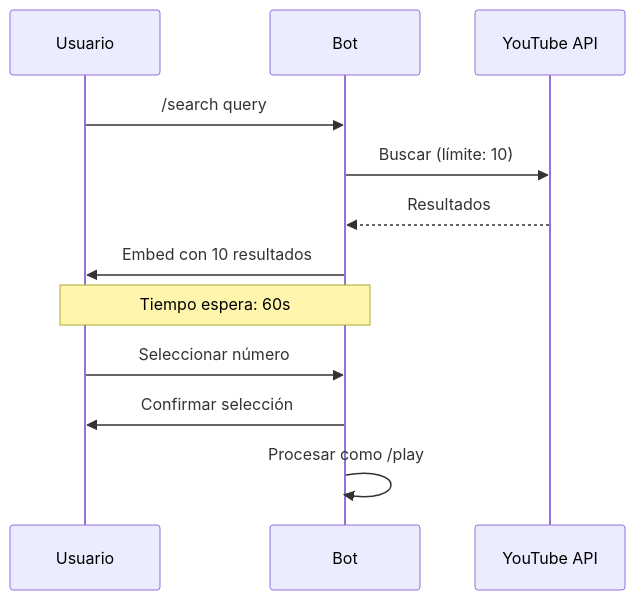
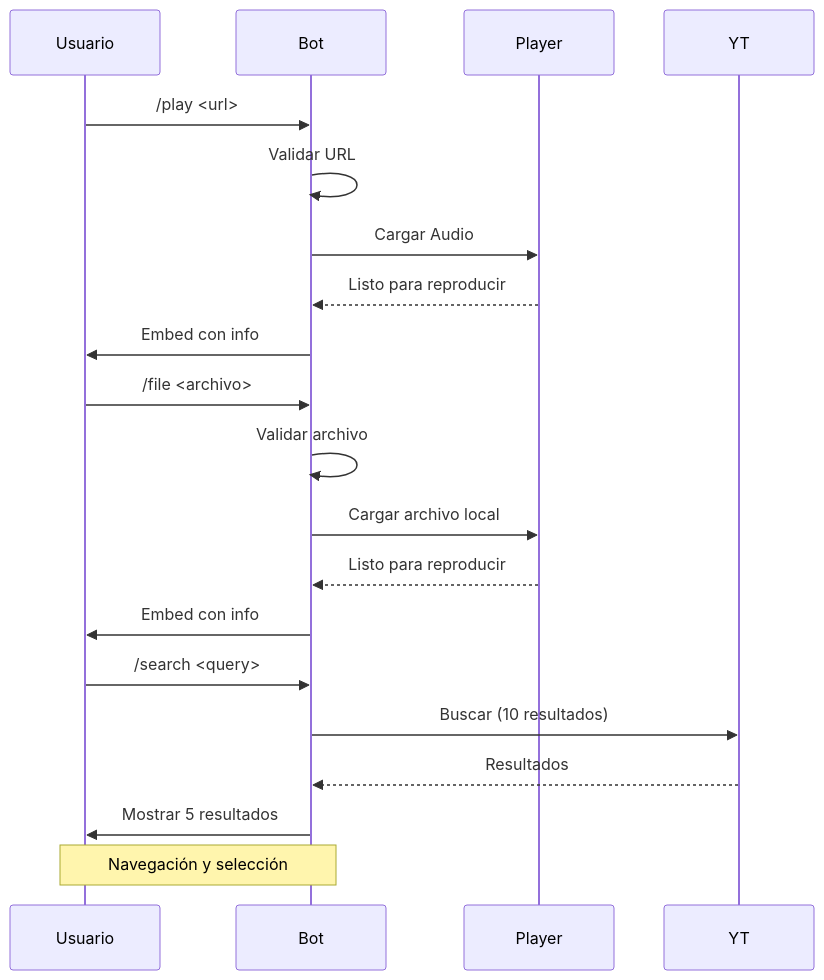
Before and after one commit to Jaie55/TuneTwister: the fourth of 8 diagrams in README.md, drawn with Mermaid. The commit also changed other lines of this file, not shown here.

````diff
--- a/README.md
+++ b/README.md
@@ -40,15 +91,27 @@
 ```mermaid
 sequenceDiagram
     participant U as Usuario
     participant B as Bot
-    participant YT as YouTube API
+    participant P as Player
     
-    U->>B: /search query
-    B->>YT: Buscar (límite: 10)
+    %% Play Command
+    U->>B: /play <url>
+    B->>B: Validar URL
+    B->>P: Cargar Audio
+    P-->>B: Listo para reproducir
+    B->>U: Embed con info
+
+    %% File Command
+    U->>B: /file <archivo>
+    B->>B: Validar archivo
+    B->>P: Cargar archivo local
+    P-->>B: Listo para reproducir
+    B->>U: Embed con info
+
+    %% Search Command
+    U->>B: /search <query>
+    B->>YT: Buscar (10 resultados)
     YT-->>B: Resultados
-    B->>U: Embed con 10 resultados
-    Note over U,B: Tiempo espera: 60s
-    U->>B: Seleccionar número
-    B->>U: Confirmar selección
-    B->>B: Procesar como /play
+    B->>U: Mostrar 5 resultados
+    Note over U,B: Navegación y selección
 ```
````
